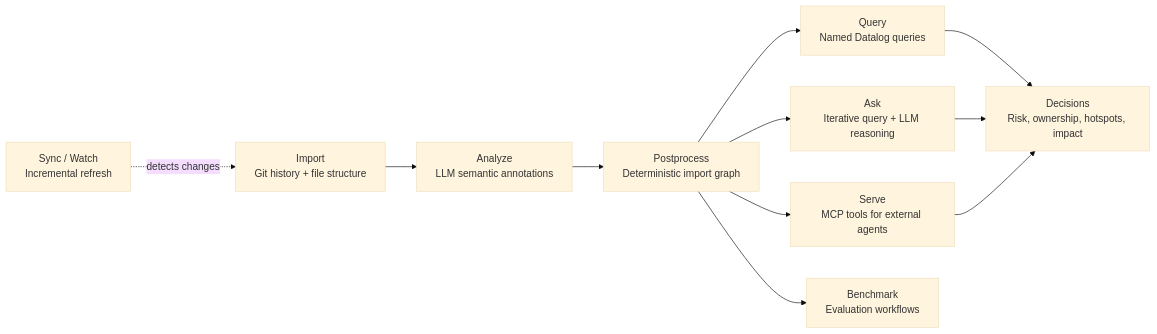
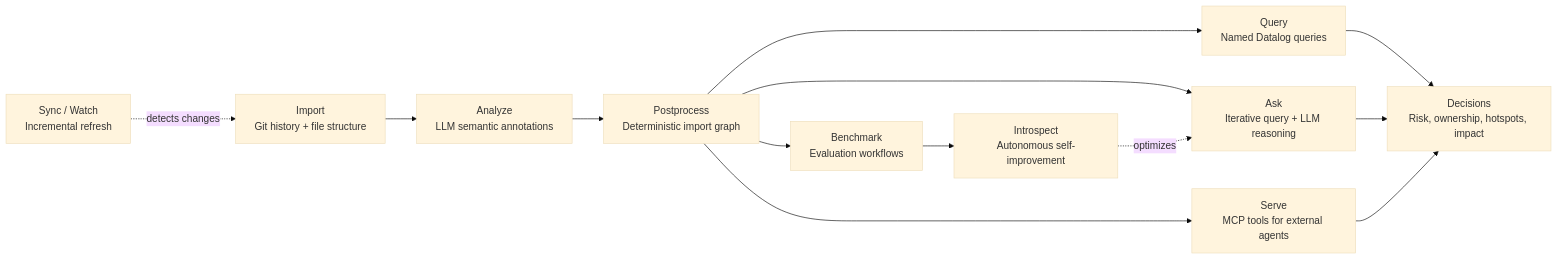
One commit to leifericf/noumenon changed the first of 2 diagrams in README.md. Above: the diagram before and after it, drawn with Mermaid (base theme). The commit also changed other lines of this file and 3 other files, not shown here.

````diff
--- a/README.md
+++ b/README.md
@@ -117,17 +117,19 @@
 ```mermaid
 flowchart LR
   A[Import\nGit history + file structure] --> B[Analyze\nLLM semantic annotations]
   B --> C[Postprocess\nDeterministic import graph]
 
   S[Sync / Watch\nIncremental refresh] -.->|detects changes| A
 
   C --> D[Query\nNamed Datalog queries]
   C --> E[Ask\nIterative query + LLM reasoning]
   C --> F[Serve\nMCP tools for external agents]
 
   D --> G[Decisions\nRisk, ownership, hotspots, impact]
   E --> G
   F --> G
 
   C --> H[Benchmark\nEvaluation workflows]
+  H --> I[Introspect\nAutonomous self-improvement]
+  I -.->|optimizes| E
 ```
````
